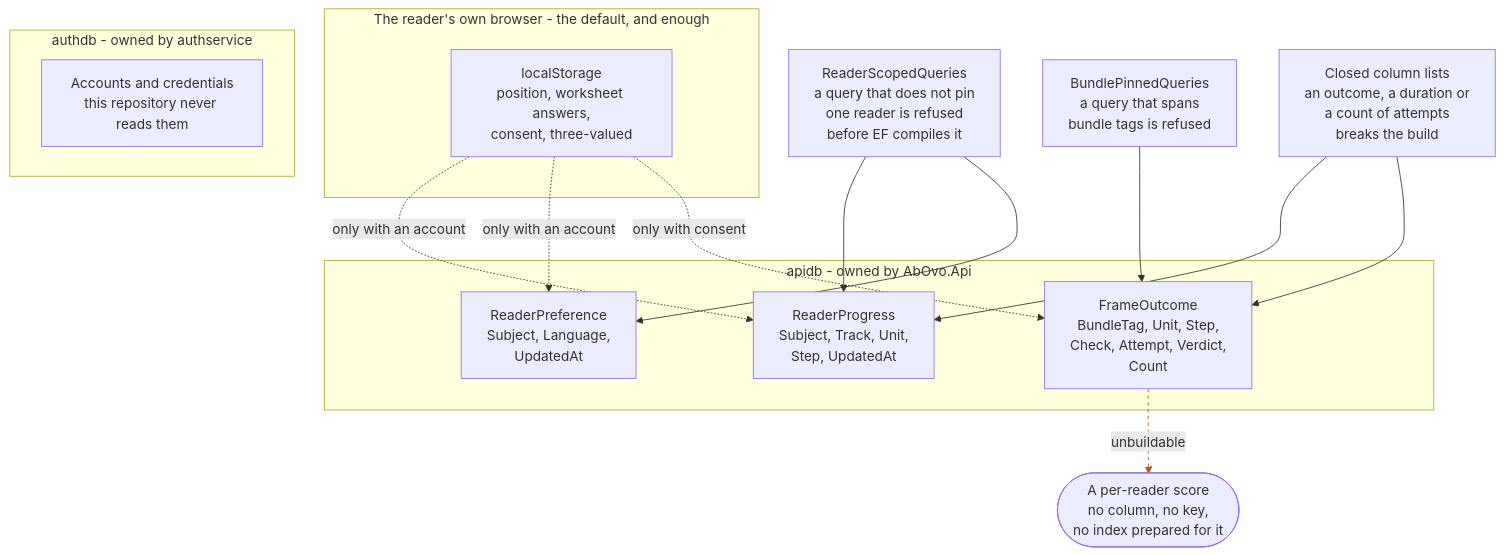
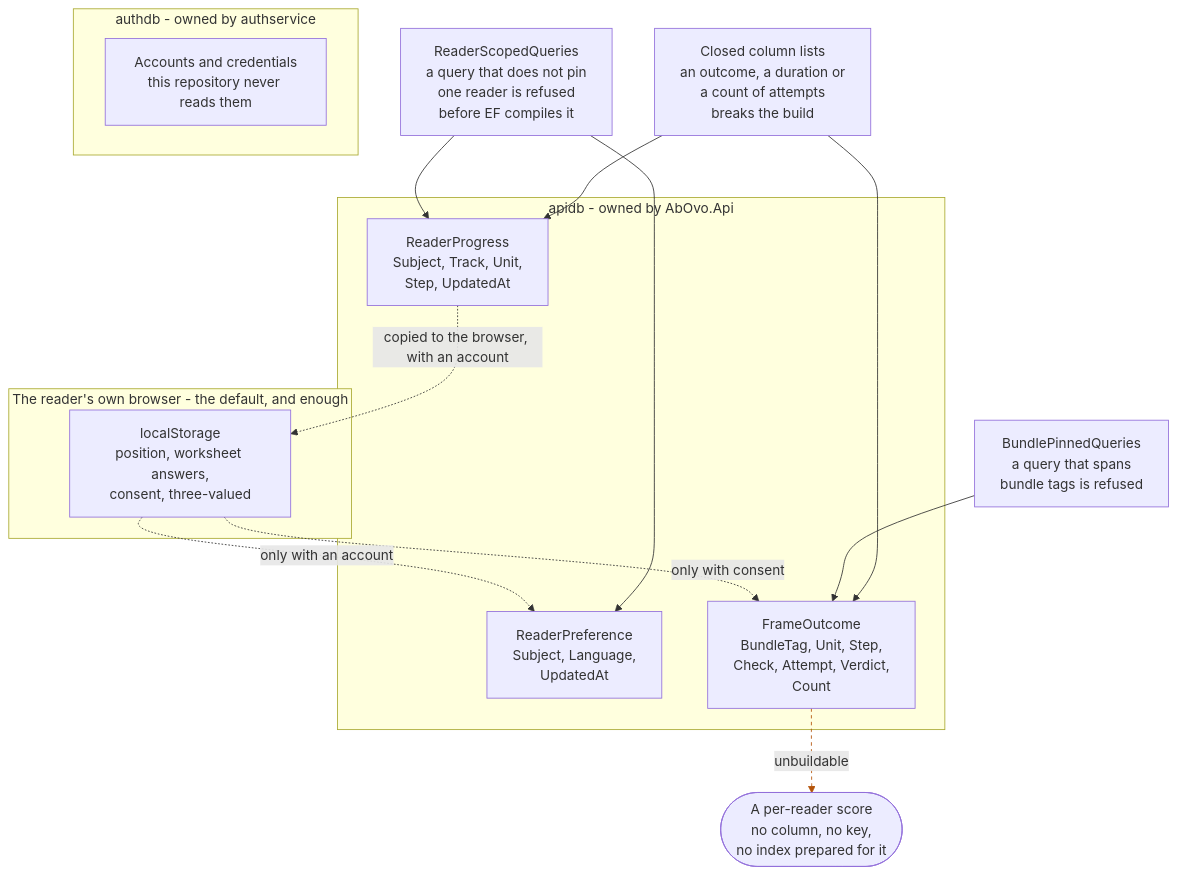
Before and after one commit to konradcinkusz/ab-ove: the diagram in docs/diagrams/a5-what-is-stored.mmd, drawn with Mermaid. The commit also changed 31 other files, not shown here.

```diff
--- a/docs/diagrams/a5-what-is-stored.mmd
+++ b/docs/diagrams/a5-what-is-stored.mmd
@@ -1,54 +1,55 @@
 %% What is stored, and what the schema is designed to be unable to answer.
 %% ONE DIAGRAM PER FILE. ASCII ONLY.
 
 %% THREE TABLES, AND EACH IS HELD BY MECHANICAL RULES RATHER THAN BY A PROMISE.
 %% ReaderProgress says WHERE a reader is and never how they did; ReaderPreference says which
 %% EDITION they chose and nothing else (ADR-0052); FrameOutcome counts a verdict against a
 %% frame and carries no identifier and no timestamp (ADR-0009, ADR-0020, ADR-0023).
 
 %% THE TWO READER-SCOPED TABLES SHARE ONE GUARD. "How many readers chose Polish" is a
 %% preference rather than a measurement, and it is still a fact arrived at by counting
 %% readers -- so ReaderScopedQueries refuses it on the same terms as "how far has each
 %% reader got".
 
 %% THE ABSENT COLUMN IS THE DESIGN. An outcome has no reader, so nothing can find the rows
 %% that were yours -- which is why deleting an account cannot retract a contribution
 %% already folded into a rate, and why the deletion screen says so (ADR-0021).
 
 %% NOTHING A READER WRITES ON A FRAME IS STORED ANYWHERE BUT THEIR OWN BROWSER (ADR-0039).
-%% The worksheet, the pad and the canvas are local; so is consent (ADR-0022) and so is
-%% position until an account synchronises it.
+%% The worksheet, the pad and the canvas are local, and so is consent (ADR-0022). Position is
+%% not: the API keeps it under the reader's cookie or account (ADR-0060, ADR-0061), and the
+%% browser keeps a copy as a resume hint that it never sends (ADR-0068).
 
 flowchart TD
   subgraph browser["The reader's own browser - the default, and enough"]
     LOCAL["localStorage<br/>position, worksheet answers,<br/>consent, three-valued"]
   end
 
   subgraph apidb["apidb - owned by AbOvo.Api"]
     RP["ReaderProgress<br/>Subject, Track, Unit,<br/>Step, UpdatedAt"]
     RPF["ReaderPreference<br/>Subject, Language,<br/>UpdatedAt"]
     FO["FrameOutcome<br/>BundleTag, Unit, Step,<br/>Check, Attempt, Verdict,<br/>Count"]
   end
 
   subgraph authdb["authdb - owned by authservice"]
     ACC["Accounts and credentials<br/>this repository never reads them"]
   end
 
   RULE1["ReaderScopedQueries<br/>a query that does not pin<br/>one reader is refused<br/>before EF compiles it"]
   RULE2["BundlePinnedQueries<br/>a query that spans<br/>bundle tags is refused"]
   RULE3["Closed column lists<br/>an outcome, a duration or<br/>a count of attempts<br/>breaks the build"]
 
-  LOCAL -.->|"only with an account"| RP
+  RP -.->|"copied to the browser, with an account"| LOCAL
   LOCAL -.->|"only with an account"| RPF
   LOCAL -.->|"only with consent"| FO
 
   RULE1 --> RP
   RULE1 --> RPF
   RULE3 --> RP
   RULE2 --> FO
   RULE3 --> FO
 
   NOPE(["A per-reader score<br/>no column, no key,<br/>no index prepared for it"])
   FO -.->|"unbuildable"| NOPE
 
   linkStyle 8 stroke:#b45309,stroke-dasharray: 4 4;
```
